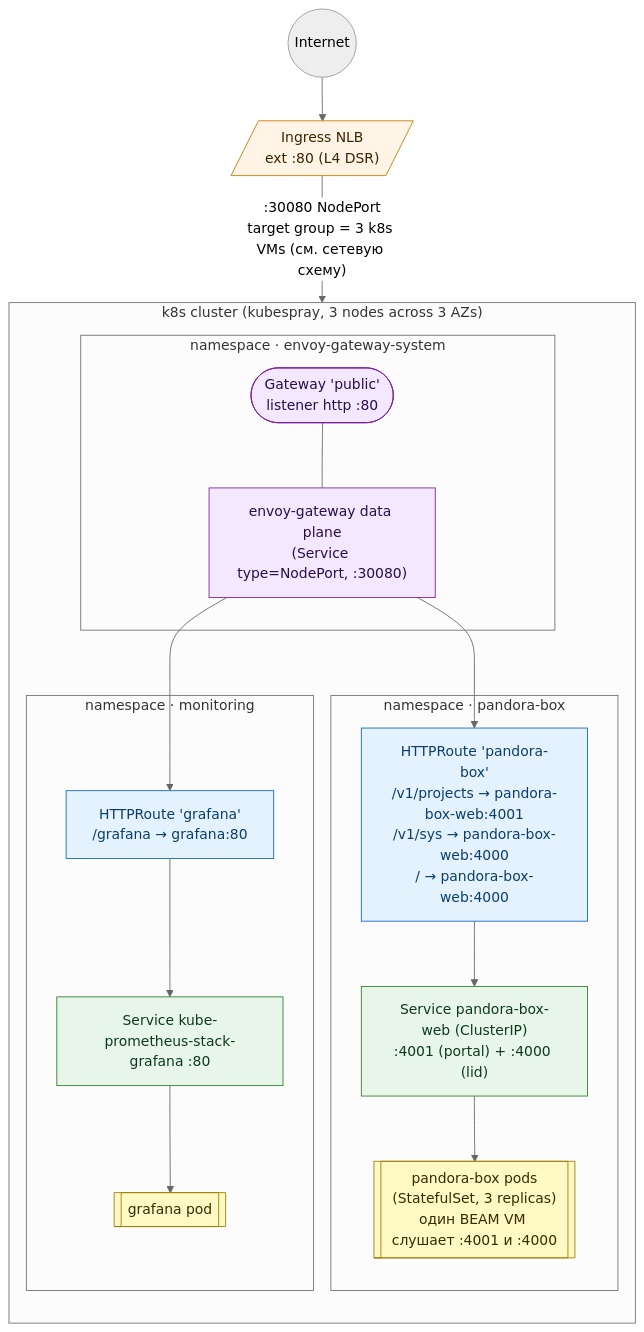
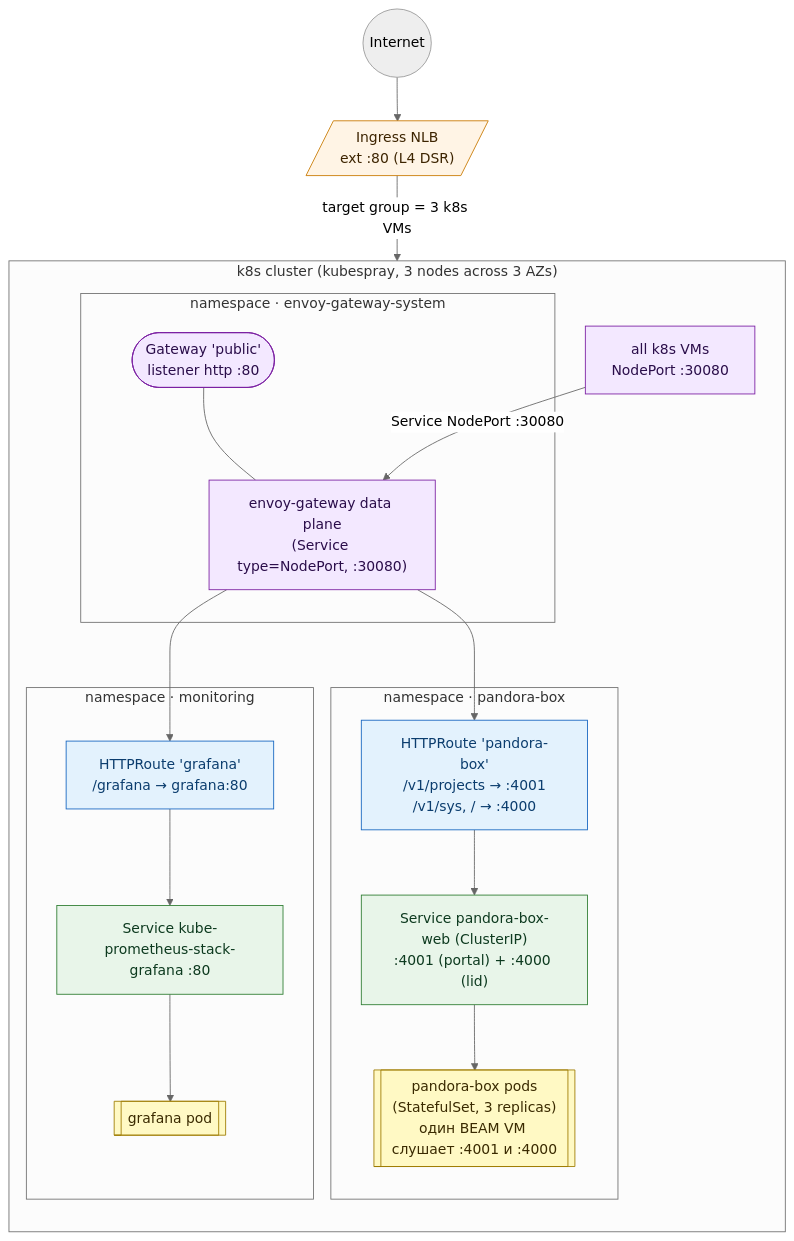
Before and after one commit to lauragrechenko/devops-net-homework: the second of 2 diagrams in diploma-report/README.md, drawn with Mermaid (neutral theme). The commit also changed other lines of this file and 4 other files, not shown here.

````diff
--- a/diploma-report/README.md
+++ b/diploma-report/README.md
@@ -126,50 +304,53 @@
 ```mermaid
 flowchart TB
     internet((Internet))
     ingress_nlb[/"Ingress NLB<br/>ext :80 (L4 DSR)"/]
 
     internet --> ingress_nlb
 
     subgraph cluster["k8s cluster (kubespray, 3 nodes across 3 AZs)"]
         direction TB
 
+        nodeport["all k8s VMs<br/>NodePort :30080"]
+
         subgraph ns_gw["namespace · envoy-gateway-system"]
             gateway(["Gateway 'public'<br/>listener http :80"])
             envoy["envoy-gateway data plane<br/>(Service type=NodePort, :30080)"]
             gateway --- envoy
         end
 
         subgraph ns_pb["namespace · pandora-box"]
-            route_pb["HTTPRoute 'pandora-box'<br/>/v1/projects → pandora-box-web:4001<br/>/v1/sys → pandora-box-web:4000<br/>/ → pandora-box-web:4000"]
+            route_pb["HTTPRoute 'pandora-box'<br/>/v1/projects → :4001<br/>/v1/sys, / → :4000"]
             svc_pb_web["Service pandora-box-web (ClusterIP)<br/>:4001 (portal) + :4000 (lid)"]
             pod_pb[["pandora-box pods<br/>(StatefulSet, 3 replicas)<br/>один BEAM VM слушает :4001 и :4000"]]
 
             route_pb --> svc_pb_web --> pod_pb
         end
 
         subgraph ns_mon["namespace · monitoring"]
             route_graf["HTTPRoute 'grafana'<br/>/grafana → grafana:80"]
             svc_graf["Service kube-prometheus-stack-grafana :80"]
             pod_graf[["grafana pod"]]
 
             route_graf --> svc_graf --> pod_graf
         end
 
         envoy --> route_pb
         envoy --> route_graf
     end
 
-    ingress_nlb -- ":30080 NodePort<br/>target group = 3 k8s VMs (см. сетевую схему)" --> envoy
+    ingress_nlb -- "target group = 3 k8s VMs" --> nodeport
+    nodeport -- "Service NodePort :30080" --> envoy
 
     classDef lb fill:#fff4e5,stroke:#c97a00,color:#3d2400;
     classDef gw fill:#f3e8ff,stroke:#7b1fa2,color:#2a0d4a;
     classDef route fill:#e3f2fd,stroke:#1565c0,color:#0b3d6e;
     classDef svc fill:#e8f5e9,stroke:#2e7d32,color:#0d3a1f;
     classDef pod fill:#fff9c4,stroke:#9e7c00,color:#3a2a00;
 
     class ingress_nlb lb;
-    class gateway,envoy gw;
+    class gateway,envoy,nodeport gw;
     class route_pb,route_graf route;
     class svc_pb_web,svc_graf svc;
     class pod_pb,pod_graf pod;
 ```
````
